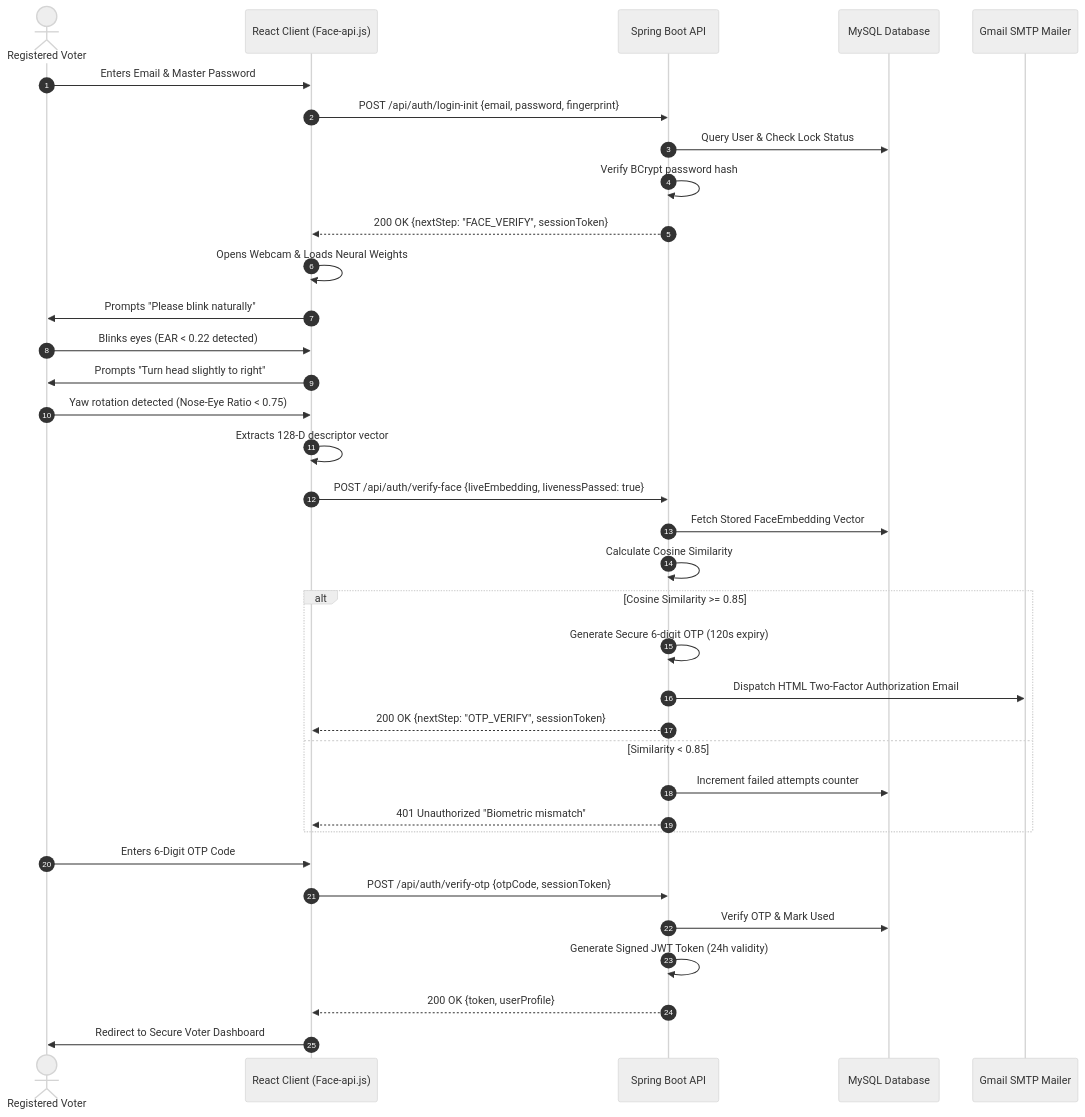
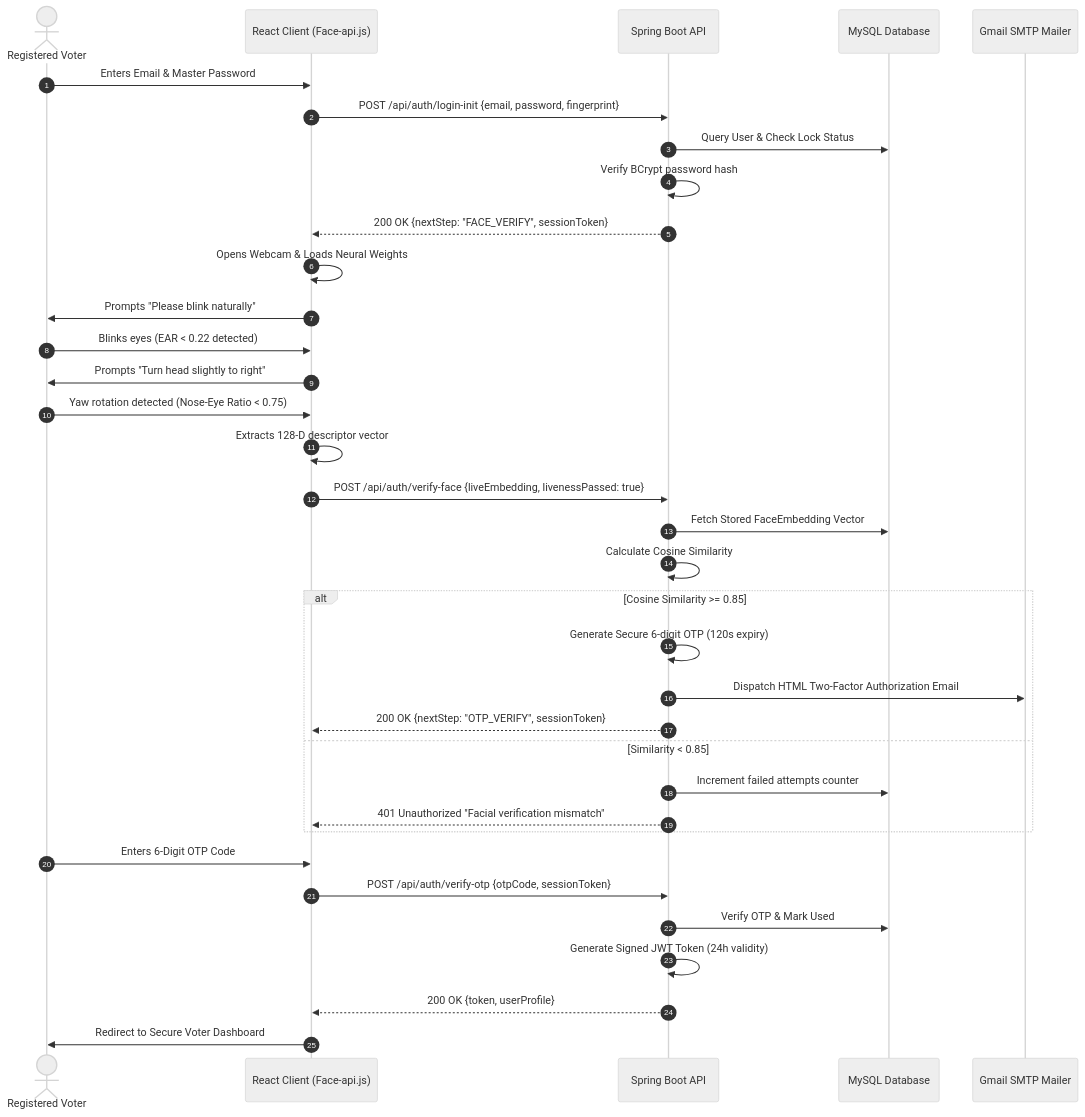
One commit to ManoharAkuthota/SmartVote-AI changed the second of 3 diagrams in SYSTEM_ARCHITECTURE.md. Above: the diagram before and after it, drawn with Mermaid (neutral theme). The commit also changed other lines of this file and 25 other files, not shown here.

Commit message:
feat: migrate biometric to facial security across codebase, polish app-like mobile & desktop UI, verify E2E

````diff
--- a/SYSTEM_ARCHITECTURE.md
+++ b/SYSTEM_ARCHITECTURE.md
@@ -65,41 +65,41 @@
 ```mermaid
 sequenceDiagram
     autonumber
     actor Voter as Registered Voter
     participant Browser as React Client (Face-api.js)
     participant Backend as Spring Boot API
     participant DB as MySQL Database
     participant SMTP as Gmail SMTP Mailer
 
     Voter->>Browser: Enters Email & Master Password
     Browser->>Backend: POST /api/auth/login-init {email, password, fingerprint}
     Backend->>DB: Query User & Check Lock Status
     Backend->>Backend: Verify BCrypt password hash
     Backend-->>Browser: 200 OK {nextStep: "FACE_VERIFY", sessionToken}
 
     Browser->>Browser: Opens Webcam & Loads Neural Weights
     Browser->>Voter: Prompts "Please blink naturally"
     Voter->>Browser: Blinks eyes (EAR < 0.22 detected)
     Browser->>Voter: Prompts "Turn head slightly to right"
     Voter->>Browser: Yaw rotation detected (Nose-Eye Ratio < 0.75)
     Browser->>Browser: Extracts 128-D descriptor vector
 
     Browser->>Backend: POST /api/auth/verify-face {liveEmbedding, livenessPassed: true}
     Backend->>DB: Fetch Stored FaceEmbedding Vector
     Backend->>Backend: Calculate Cosine Similarity
     alt Cosine Similarity >= 0.85
         Backend->>Backend: Generate Secure 6-digit OTP (120s expiry)
         Backend->>SMTP: Dispatch HTML Two-Factor Authorization Email
         Backend-->>Browser: 200 OK {nextStep: "OTP_VERIFY", sessionToken}
     else Similarity < 0.85
         Backend->>DB: Increment failed attempts counter
-        Backend-->>Browser: 401 Unauthorized "Biometric mismatch"
+        Backend-->>Browser: 401 Unauthorized "Facial verification mismatch"
     end
 
     Voter->>Browser: Enters 6-Digit OTP Code
     Browser->>Backend: POST /api/auth/verify-otp {otpCode, sessionToken}
     Backend->>DB: Verify OTP & Mark Used
     Backend->>Backend: Generate Signed JWT Token (24h validity)
     Backend-->>Browser: 200 OK {token, userProfile}
     Browser->>Voter: Redirect to Secure Voter Dashboard
 ```
````
